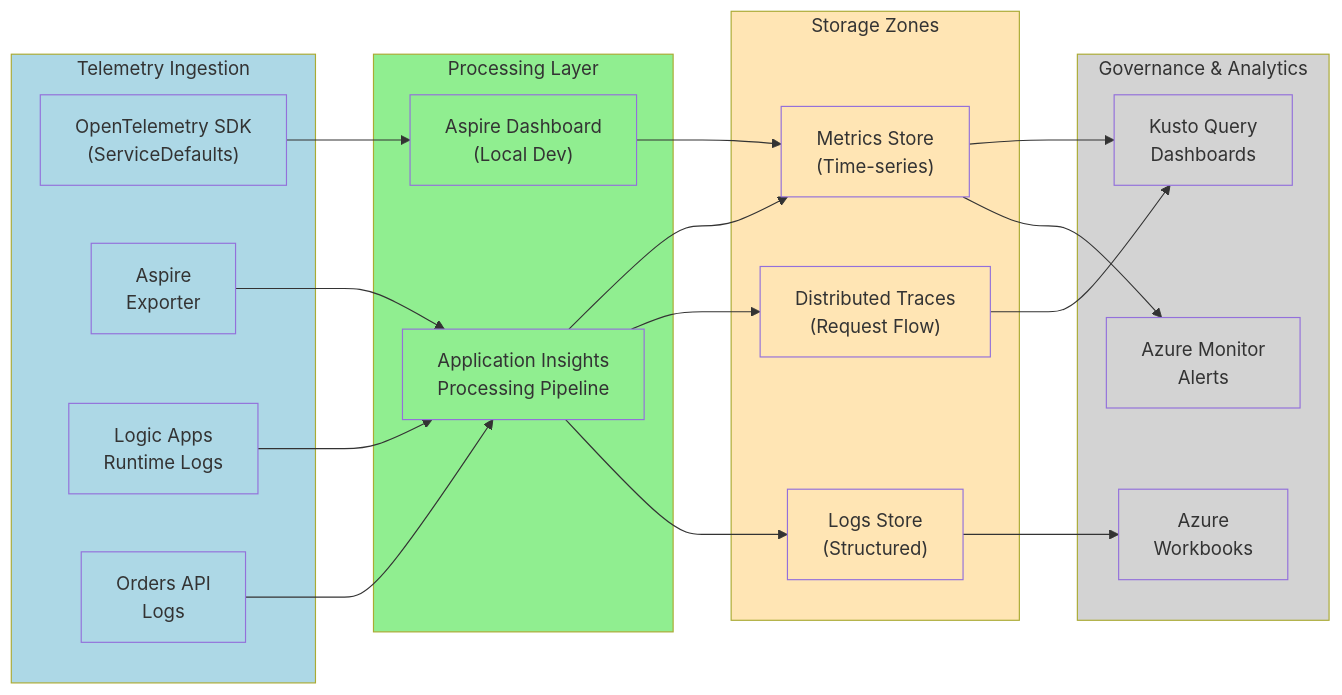
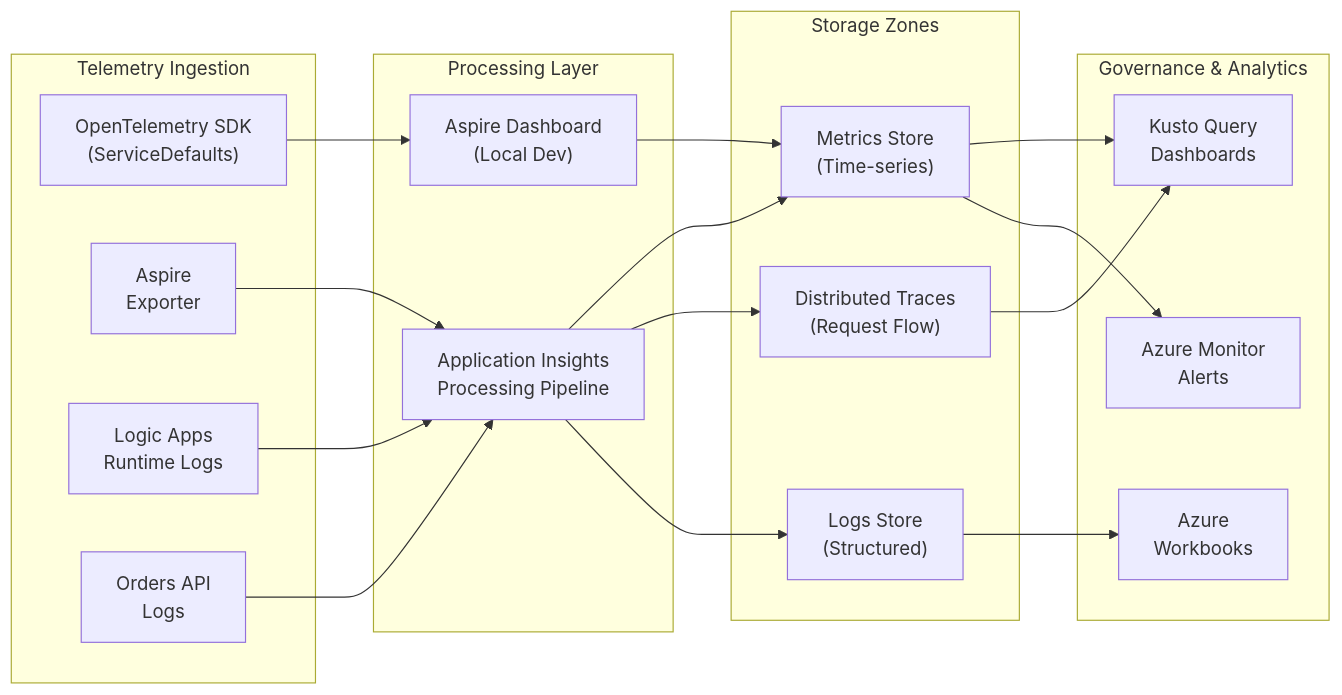
The fifth of 12 diagrams in README.md (Evilazaro/Azure-LogicApps-Monitoring), drawn with Mermaid before and after one commit. The commit also changed other lines of this file, not shown here.

Commit message:
refactor: remove redundant style definitions from flowcharts in README.md

````diff
--- a/README.md
+++ b/README.md
@@ -411,58 +346,41 @@
 ```mermaid
 flowchart LR
     subgraph Ingestion["Telemetry Ingestion"]
         OTLP["OpenTelemetry SDK<br/>(ServiceDefaults)"]
         AspireExporter["Aspire<br/>Exporter"]
         LogicAppsLogs["Logic Apps<br/>Runtime Logs"]
         APILogs["Orders API<br/>Logs"]
     end
     
     subgraph Processing["Processing Layer"]
         AspireDashboard["Aspire Dashboard<br/>(Local Dev)"]
         AppInsightsProcessing["Application Insights<br/>Processing Pipeline"]
     end
     
     subgraph Storage["Storage Zones"]
         MetricsDB["Metrics Store<br/>(Time-series)"]
         LogsDB["Logs Store<br/>(Structured)"]
         TracesDB["Distributed Traces<br/>(Request Flow)"]
     end
     
     subgraph Governance["Governance & Analytics"]
         Alerts["Azure Monitor<br/>Alerts"]
         Workbooks["Azure<br/>Workbooks"]
         KustoDashboards["Kusto Query<br/>Dashboards"]
     end
     
     OTLP --> AspireDashboard
     AspireExporter --> AppInsightsProcessing
     LogicAppsLogs --> AppInsightsProcessing
     APILogs --> AppInsightsProcessing
     
     AspireDashboard --> MetricsDB
     AppInsightsProcessing --> LogsDB
     AppInsightsProcessing --> TracesDB
     AppInsightsProcessing --> MetricsDB
     
     MetricsDB --> Alerts
     LogsDB --> Workbooks
     TracesDB --> KustoDashboards
     MetricsDB --> KustoDashboards
-    
-    style Ingestion fill:#ADD8E6
-    style Processing fill:#90EE90
-    style Storage fill:#FFE5B4
-    style Governance fill:#D3D3D3
-    style OTLP fill:#ADD8E6
-    style AspireExporter fill:#ADD8E6
-    style LogicAppsLogs fill:#ADD8E6
-    style APILogs fill:#ADD8E6
-    style AspireDashboard fill:#90EE90
-    style AppInsightsProcessing fill:#90EE90
-    style MetricsDB fill:#FFE5B4
-    style LogsDB fill:#FFE5B4
-    style TracesDB fill:#FFE5B4
-    style Alerts fill:#D3D3D3
-    style Workbooks fill:#D3D3D3
-    style KustoDashboards fill:#D3D3D3
 ```
````
